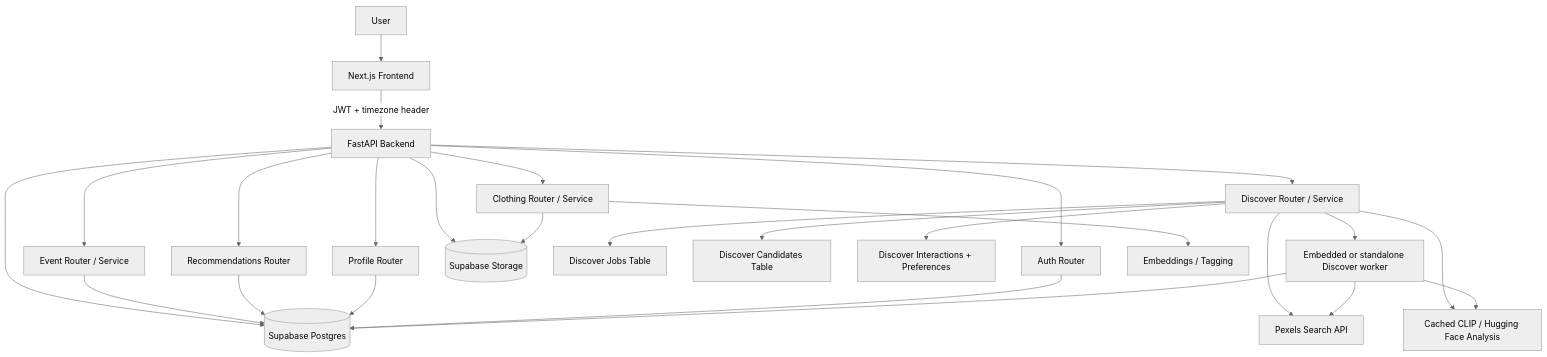
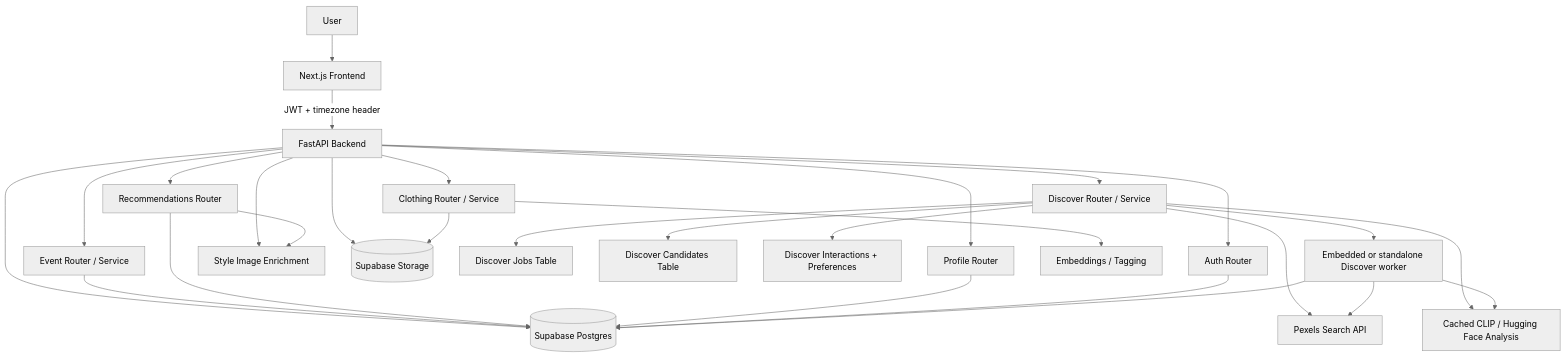
The first of 2 diagrams in docs/system-architecture.md (ankitapandit/LuxeLookAI), drawn with Mermaid (neutral theme) before and after one commit. The commit also changed other lines of this file and 369 other files, not shown here.

````diff
--- a/docs/system-architecture.md
+++ b/docs/system-architecture.md
@@ -37,33 +39,35 @@
 ```mermaid
 flowchart TB
     U[User] --> FE[Next.js Frontend]
     FE -->|JWT + timezone header| API[FastAPI Backend]
 
     API --> AUTH[Auth Router]
     API --> CLOTH[Clothing Router / Service]
     API --> DISC[Discover Router / Service]
     API --> EVENT[Event Router / Service]
     API --> REC[Recommendations Router]
     API --> PROF[Profile Router]
+    API --> STYLEIMG[Style Image Enrichment]
 
     API --> DB[(Supabase Postgres)]
     API --> ST[(Supabase Storage)]
 
     DISC --> JOBS[Discover Jobs Table]
     DISC --> CAND[Discover Candidates Table]
     DISC --> LEARN[Discover Interactions + Preferences]
     DISC --> PEXELS[Pexels Search API]
     DISC --> CLIP[Cached CLIP / Hugging Face Analysis]
     DISC --> WORKER[Embedded or standalone Discover worker]
 
     CLOTH --> EMB[Embeddings / Tagging]
     CLOTH --> ST
     EVENT --> DB
     REC --> DB
+    REC --> STYLEIMG
     PROF --> DB
     AUTH --> DB
 
     WORKER --> DB
     WORKER --> PEXELS
     WORKER --> CLIP
 ```
````
